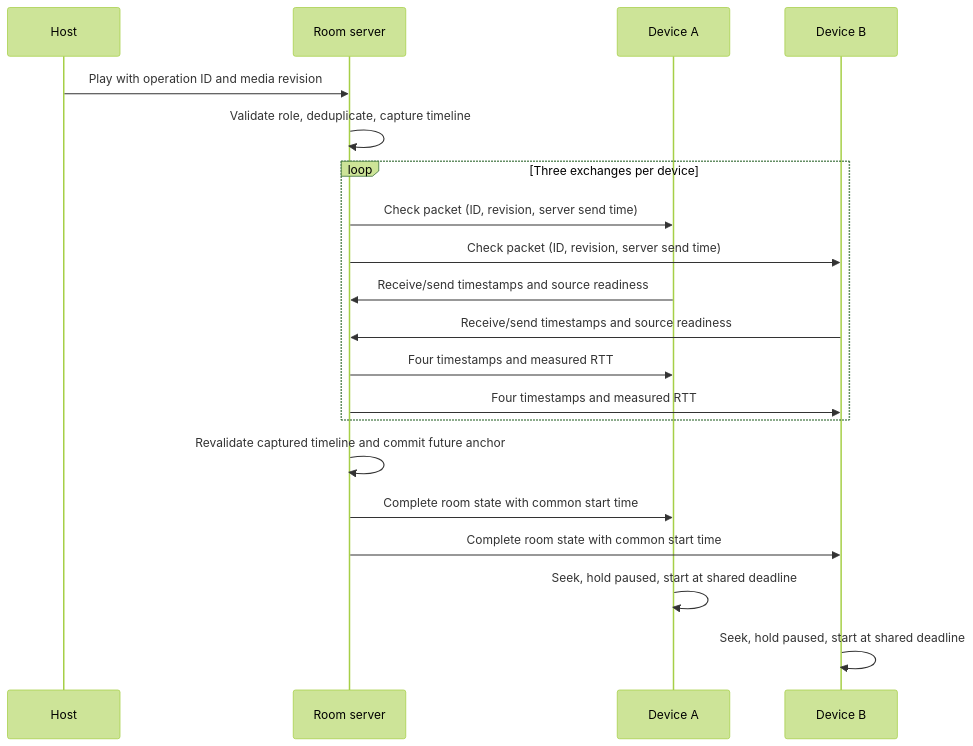
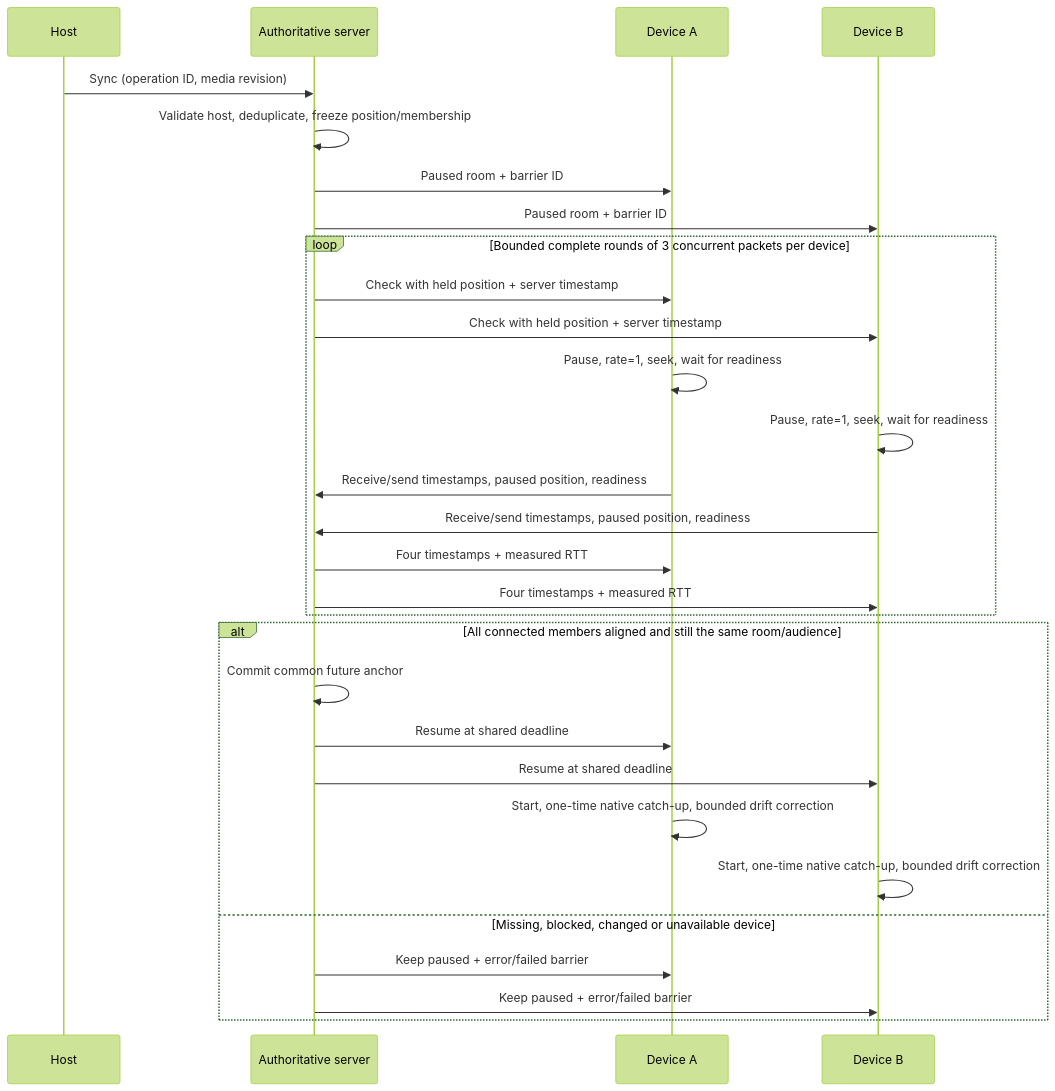
Before and after one commit to krishnaagarwal2025-a11y/Foyer: the diagram in SYNCHRONIZATION.md, drawn with Mermaid (forest theme). The commit also changed other lines of this file and 59 other files, not shown here.

Commit message:
Add saved themes, host pause-and-align sync and integrated music search

````diff
--- a/SYNCHRONIZATION.md
+++ b/SYNCHRONIZATION.md
@@ -5,22 +9,31 @@
 ```mermaid
 sequenceDiagram
     participant H as Host
-    participant S as Room server
+    participant S as Authoritative server
     participant A as Device A
     participant B as Device B
-    H->>S: Play with operation ID and media revision
-    S->>S: Validate role, deduplicate, capture timeline
-    loop Three exchanges per device
-      S->>A: Check packet (ID, revision, server send time)
-      S->>B: Check packet (ID, revision, server send time)
-      A->>S: Receive/send timestamps and source readiness
-      B->>S: Receive/send timestamps and source readiness
-      S->>A: Four timestamps and measured RTT
-      S->>B: Four timestamps and measured RTT
+    H->>S: Sync (operation ID, media revision)
+    S->>S: Validate host, deduplicate, freeze position/membership
+    S->>A: Paused room + barrier ID
+    S->>B: Paused room + barrier ID
+    loop Bounded complete rounds of 3 concurrent packets per device
+        S->>A: Check with held position + server timestamp
+        S->>B: Check with held position + server timestamp
+        A->>A: Pause, rate=1, seek, wait for readiness
+        B->>B: Pause, rate=1, seek, wait for readiness
+        A->>S: Receive/send timestamps, paused position, readiness
+        B->>S: Receive/send timestamps, paused position, readiness
+        S->>A: Four timestamps + measured RTT
+        S->>B: Four timestamps + measured RTT
     end
-    S->>S: Revalidate captured timeline and commit future anchor
-    S->>A: Complete room state with common start time
-    S->>B: Complete room state with common start time
-    A->>A: Seek, hold paused, start at shared deadline
-    B->>B: Seek, hold paused, start at shared deadline
+    alt All connected members aligned and still the same room/audience
+        S->>S: Commit common future anchor
+        S->>A: Resume at shared deadline
+        S->>B: Resume at shared deadline
+        A->>A: Start, one-time native catch-up, bounded drift correction
+        B->>B: Start, one-time native catch-up, bounded drift correction
+    else Missing, blocked, changed or unavailable device
+        S->>A: Keep paused + error/failed barrier
+        S->>B: Keep paused + error/failed barrier
+    end
 ```
````
